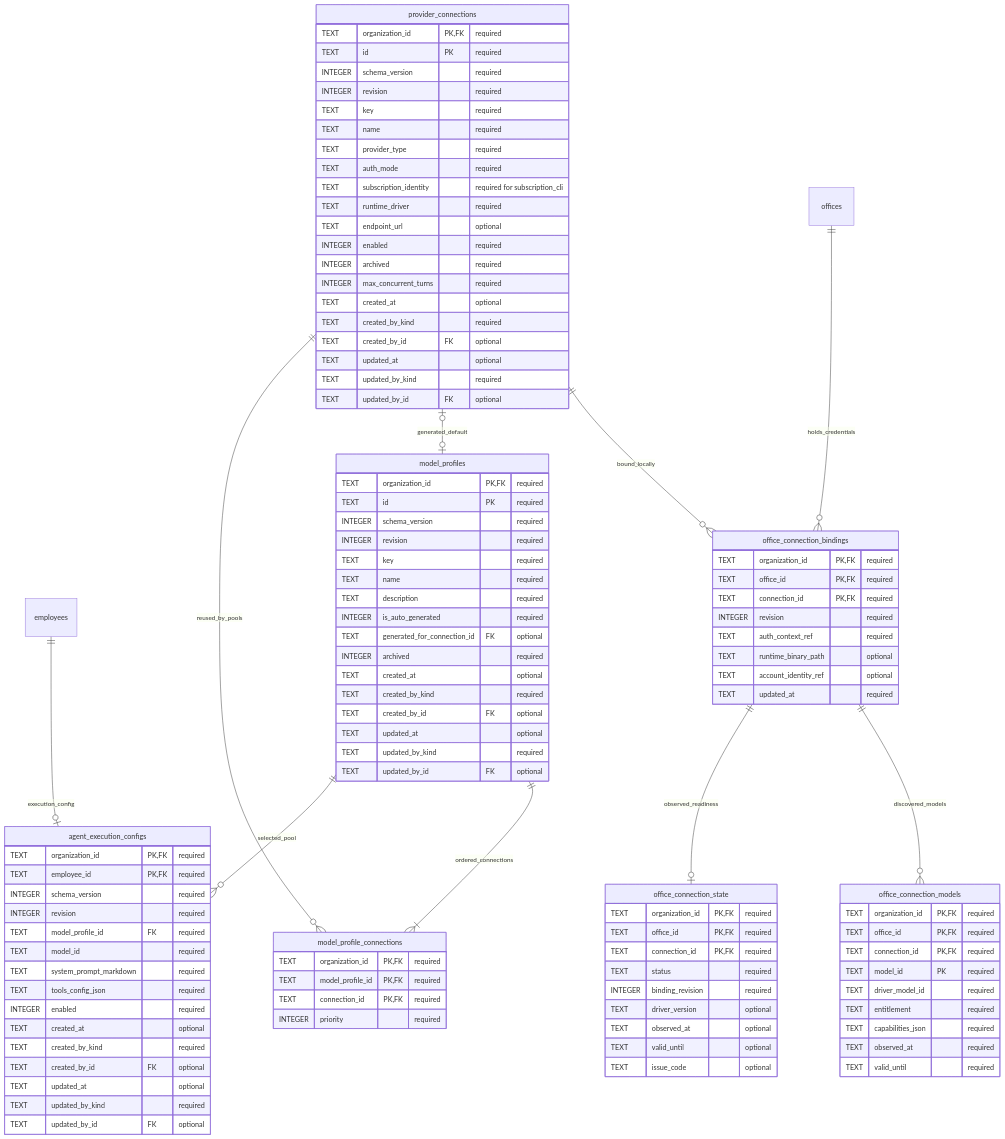
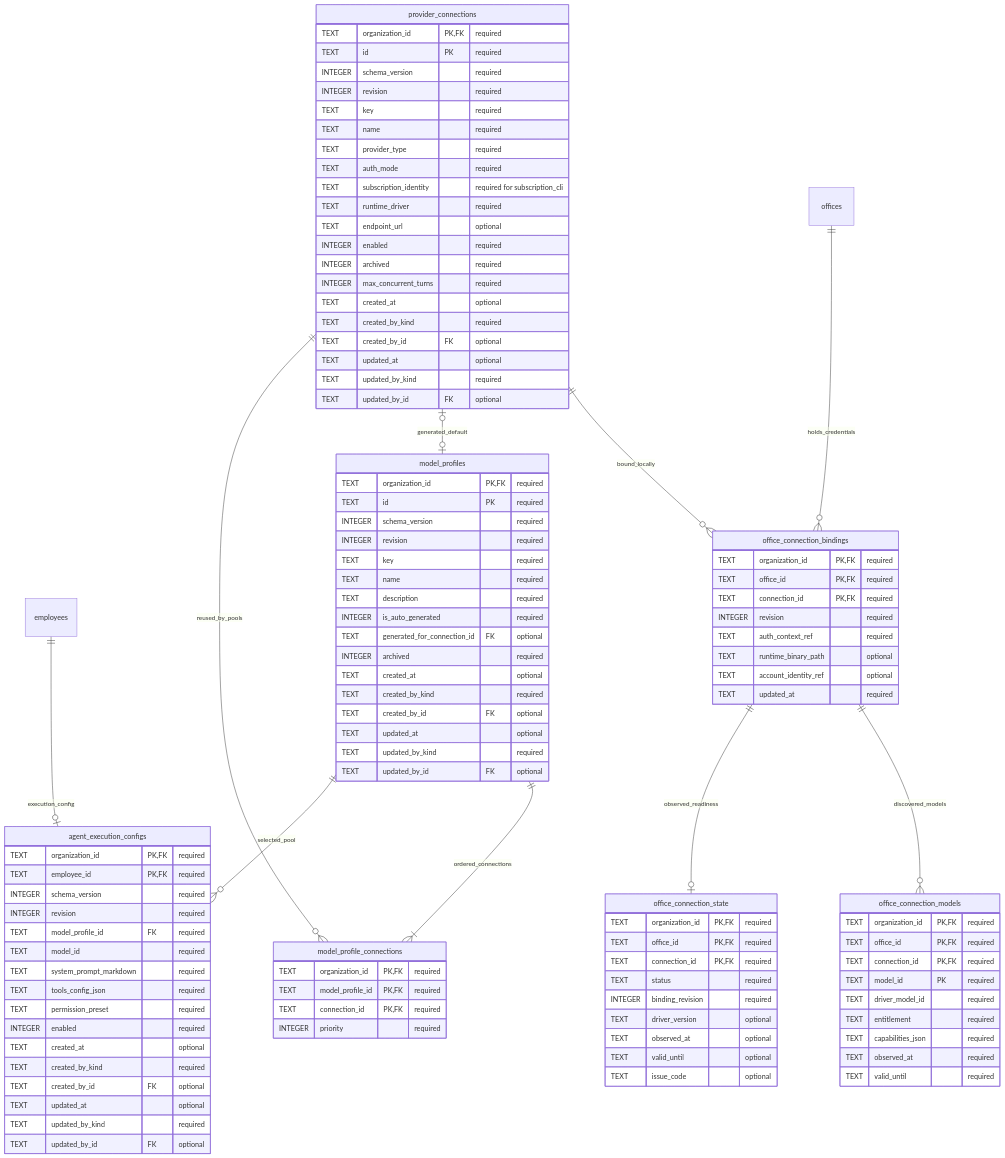
Before and after one commit to vgmello/agentic-org: the diagram in docs/design/organization-data/14-model-providers-and-connection-pools.md, drawn with Mermaid. The commit also changed other lines of this file and 21 other files, not shown here.

```diff
--- a/docs/design/organization-data/14-model-providers-and-connection-pools.md
+++ b/docs/design/organization-data/14-model-providers-and-connection-pools.md
@@ -87,6 +87,7 @@
         TEXT model_id "required"
         TEXT system_prompt_markdown "required"
         TEXT tools_config_json "required"
+        TEXT permission_preset "required"
         INTEGER enabled "required"
         TEXT created_at "optional"
         TEXT created_by_kind "required"
```
